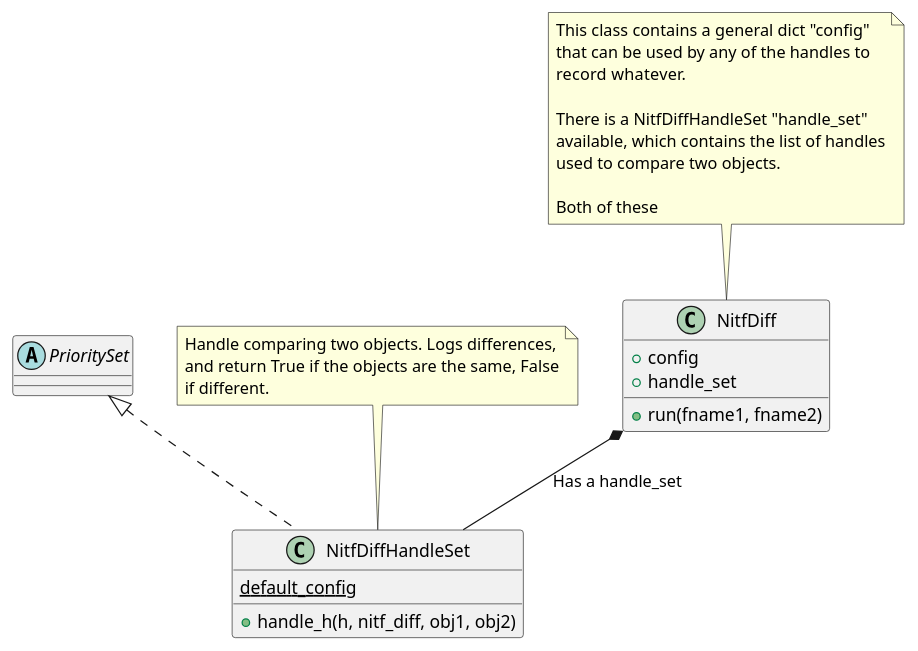
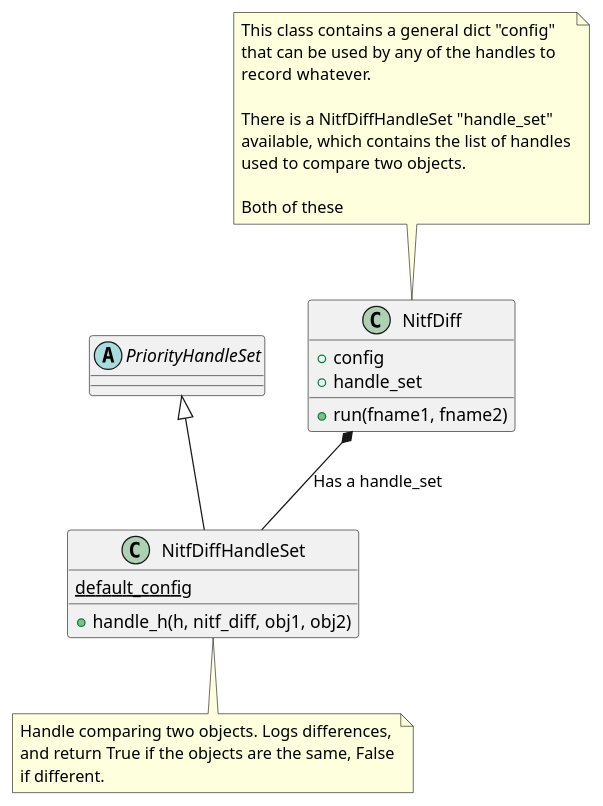
One commit to Cartography-jpl/pynitf changed the third of 3 diagrams in doc/design.rst. Above: the diagram before and after it, drawn with PlantUML. The commit also changed other lines of this file, not shown here.

```diff
--- a/doc/design.rst
+++ b/doc/design.rst
@@ -99,34 +114,34 @@
 .. uml::
    :caption: nitf_diff
 
    class NitfDiff {
       +config
       +handle_set
       +run(fname1, fname2)
    }
    note top
       This class contains a general dict "config"
       that can be used by any of the handles to
       record whatever.
 
       There is a NitfDiffHandleSet "handle_set"
       available, which contains the list of handles
       used to compare two objects.
 
       Both of these
    end note
 
-   abstract class PrioritySet
+   abstract class PriorityHandleSet
 
    class NitfDiffHandleSet {
       +handle_h(h, nitf_diff, obj1, obj2)
       {static} default_config
    }
-   note top
+   note bottom
       Handle comparing two objects. Logs differences,
       and return True if the objects are the same, False
       if different.
    end note
 
-   PrioritySet <|.. NitfDiffHandleSet
+   PriorityHandleSet <|-- NitfDiffHandleSet
    NitfDiff *-- NitfDiffHandleSet : Has a handle_set
```
